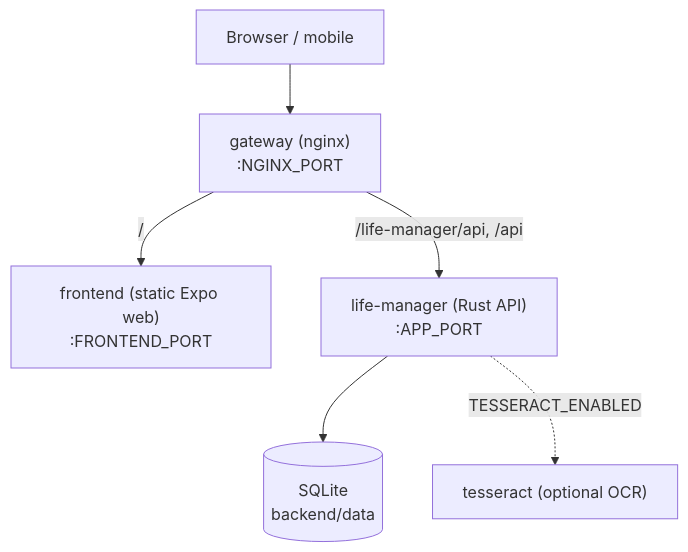
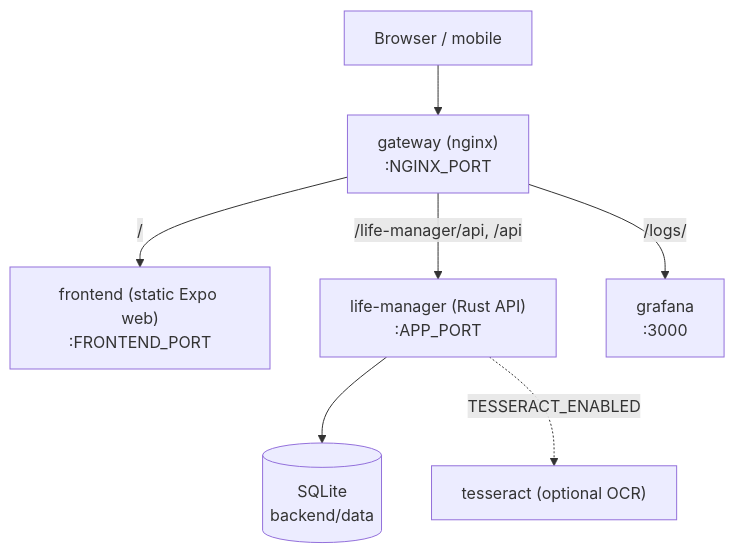
The third of 5 diagrams in docs/architecture.md (mikeyjay39/life-manager), drawn with Mermaid before and after one commit. The commit also changed other lines of this file and 6 other files, not shown here.

````diff
--- a/docs/architecture.md
+++ b/docs/architecture.md
@@ -84,15 +86,17 @@
 ```mermaid
 flowchart TB
   browser["Browser / mobile"]
   gateway["gateway (nginx)\n:NGINX_PORT"]
   frontend["frontend (static Expo web)\n:FRONTEND_PORT"]
   api["life-manager (Rust API)\n:APP_PORT"]
+  grafana["grafana\n:3000"]
   db[("SQLite\nbackend/data")]
   ocr["tesseract (optional OCR)"]
 
   browser --> gateway
   gateway -->|"/"| frontend
   gateway -->|"/life-manager/api, /api"| api
+  gateway -->|"/logs/"| grafana
   api --> db
   api -.->|"TESSERACT_ENABLED"| ocr
 ```
````
